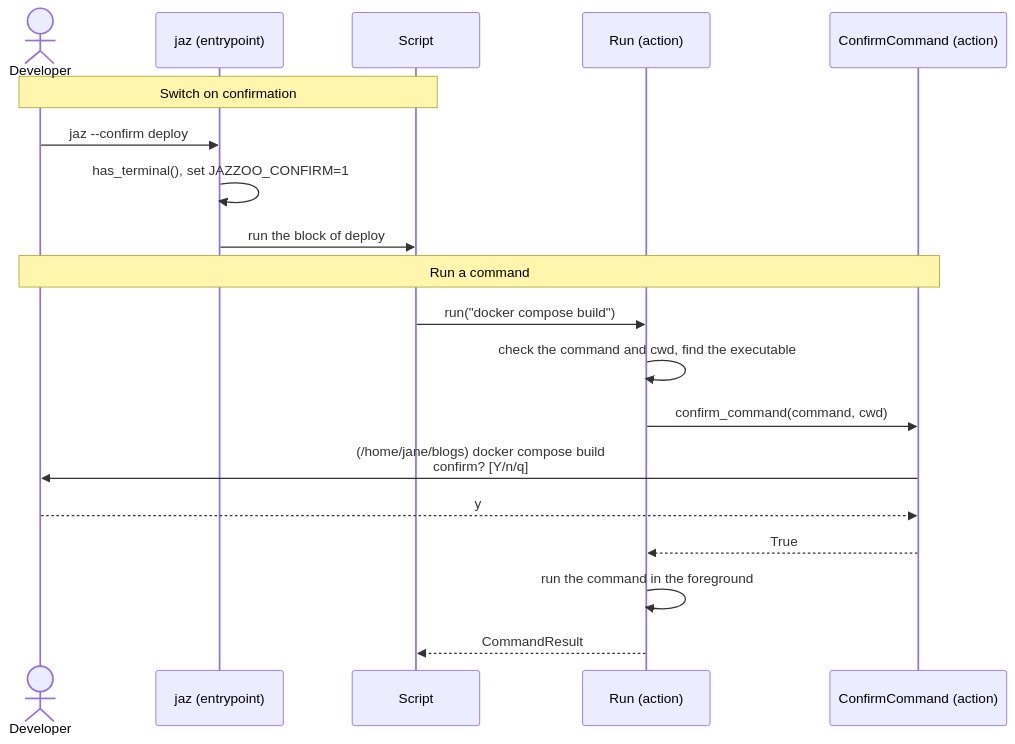
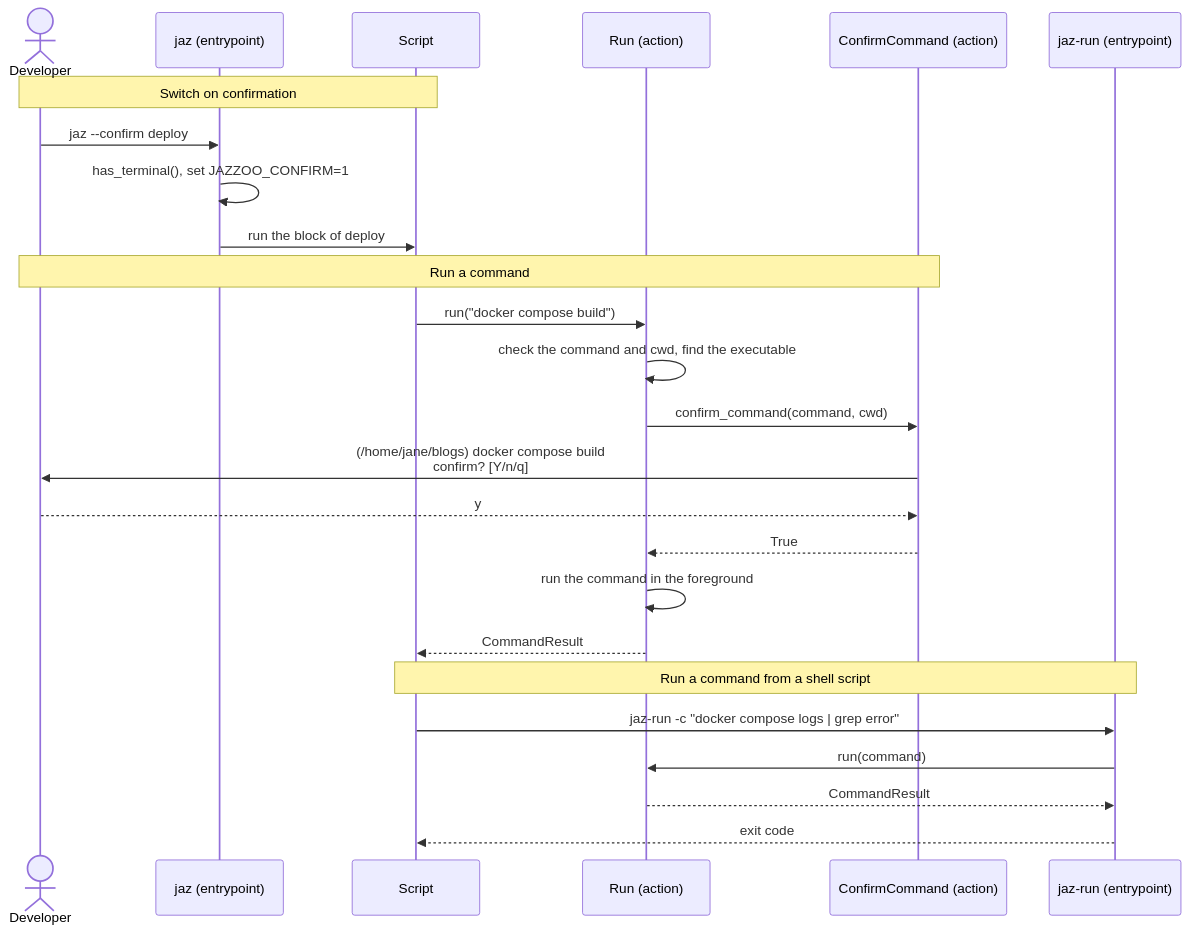
Before and after one commit to mnieber/jazzoo: the diagram in doc/spec/store/jazzoo/scenarios/s40_a_script_runs_commands_with_confirmation.md, drawn with Mermaid. The commit also changed other lines of this file and 18 other files, not shown here.

````diff
--- a/doc/spec/store/jazzoo/scenarios/s40_a_script_runs_commands_with_confirmation.md
+++ b/doc/spec/store/jazzoo/scenarios/s40_a_script_runs_commands_with_confirmation.md
@@ -51,23 +39,30 @@
 ```mermaid
 sequenceDiagram
     actor Developer
     participant Jaz as jaz (entrypoint)
     participant Script
     participant Run as Run (action)
     participant Confirm as ConfirmCommand (action)
+    participant JazRun as jaz-run (entrypoint)
 
     Note over Developer,Script: Switch on confirmation
     Developer->>Jaz: jaz --confirm deploy
     Jaz->>Jaz: has_terminal(), set JAZZOO_CONFIRM=1
     Jaz->>Script: run the block of deploy
 
     Note over Developer,Confirm: Run a command
     Script->>Run: run("docker compose build")
     Run->>Run: check the command and cwd, find the executable
     Run->>Confirm: confirm_command(command, cwd)
     Confirm->>Developer: (/home/jane/blogs) docker compose build<br/>confirm? [Y/n/q]
     Developer-->>Confirm: y
     Confirm-->>Run: True
     Run->>Run: run the command in the foreground
     Run-->>Script: CommandResult
+
+    Note over Script,JazRun: Run a command from a shell script
+    Script->>JazRun: jaz-run -c "docker compose logs | grep error"
+    JazRun->>Run: run(command)
+    Run-->>JazRun: CommandResult
+    JazRun-->>Script: exit code
 ```
````
